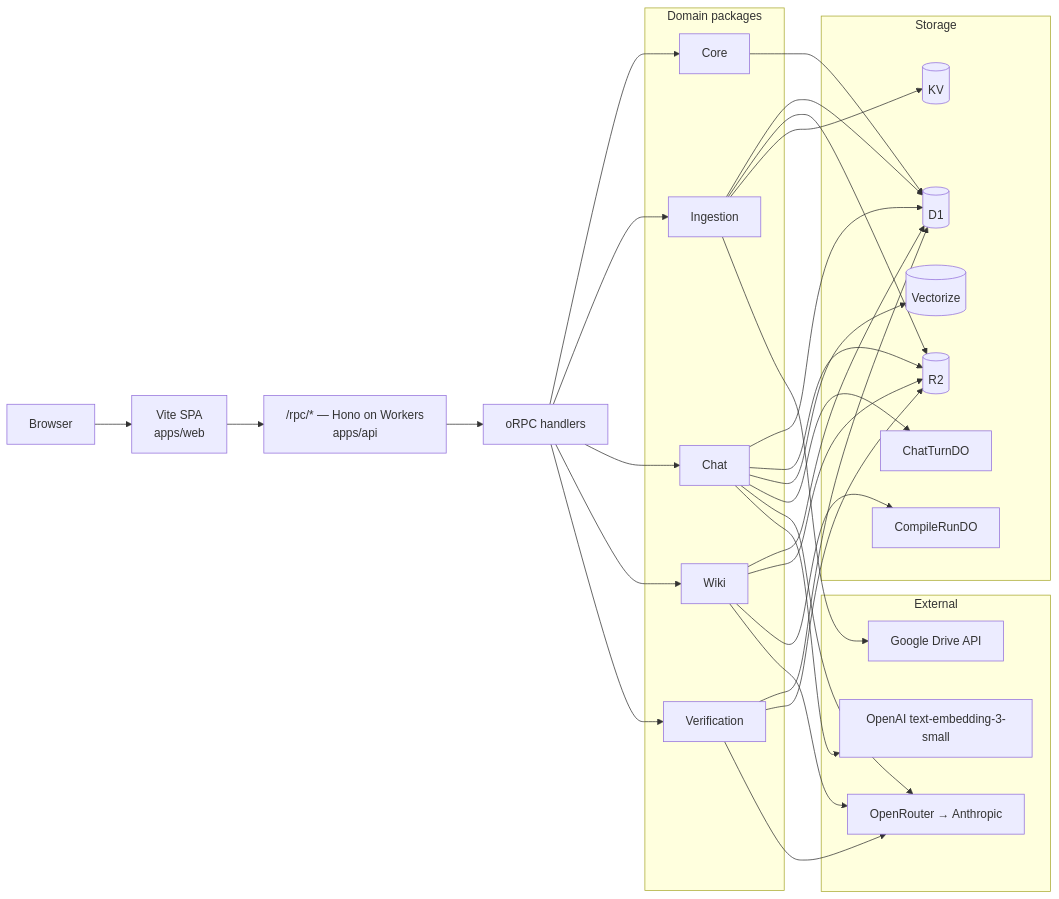
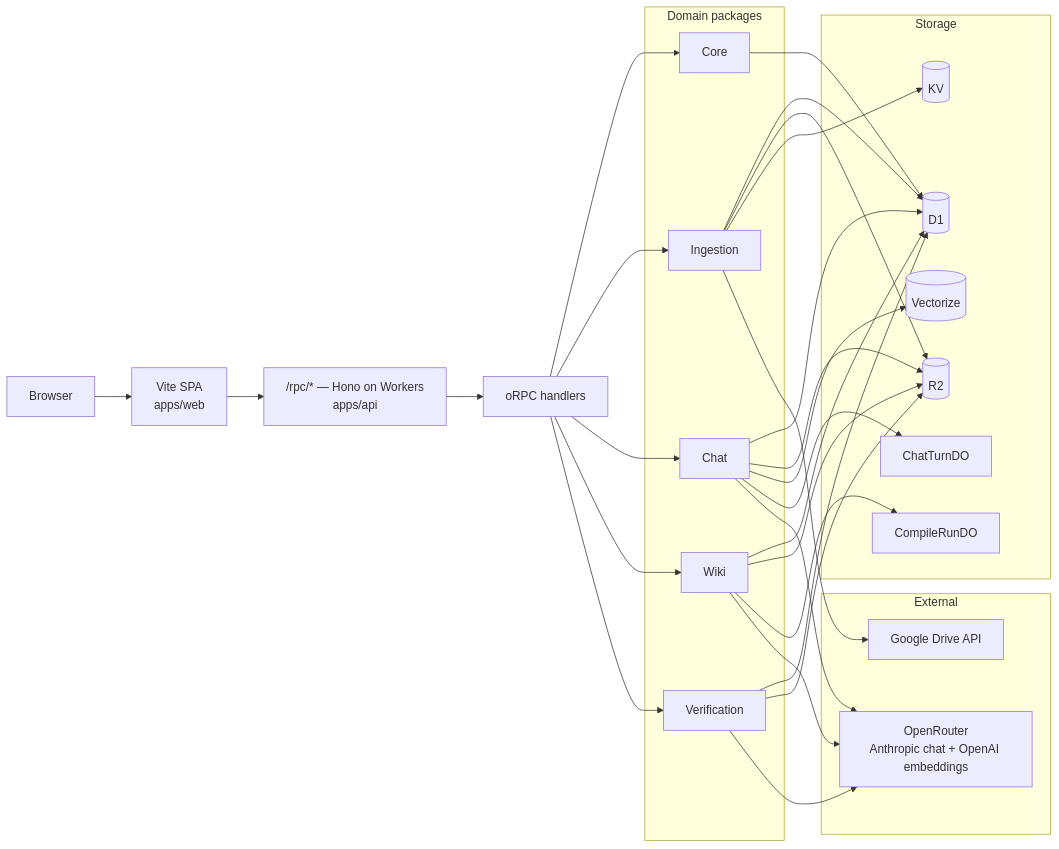
The diagram in README.md (tonestrike/knowledge-base-wiki), drawn with Mermaid before and after one commit. The commit also changed other lines of this file and 3 other files, not shown here.

````diff
--- a/README.md
+++ b/README.md
@@ -72,58 +72,56 @@
 ```mermaid
 graph LR
   Browser[Browser]
   SPA[Vite SPA<br/>apps/web]
   Hono["/rpc/* — Hono on Workers<br/>apps/api"]
   Router[oRPC handlers]
 
   Browser --> SPA --> Hono --> Router
 
   subgraph Domains["Domain packages"]
     Core[Core]
     Ingestion[Ingestion]
     Chat[Chat]
     Wiki[Wiki]
     Verification[Verification]
   end
 
   Router --> Core
   Router --> Ingestion
   Router --> Chat
   Router --> Wiki
   Router --> Verification
 
   subgraph Storage["Storage"]
     D1[(D1)]
     R2[(R2)]
     KV[(KV)]
     Vectorize[(Vectorize)]
     CompileRunDO[CompileRunDO]
     ChatTurnDO[ChatTurnDO]
   end
 
   Ingestion --> D1
   Ingestion --> R2
   Ingestion --> KV
   Wiki --> D1
   Wiki --> R2
   Wiki --> CompileRunDO
   Chat --> D1
   Chat --> R2
   Chat --> Vectorize
   Chat --> ChatTurnDO
   Verification --> D1
   Verification --> R2
   Core --> D1
 
   subgraph External["External"]
     Drive["Google Drive API"]
-    OpenRouter["OpenRouter → Anthropic"]
-    OpenAIEmb["OpenAI text-embedding-3-small"]
+    OpenRouter["OpenRouter<br/>Anthropic chat + OpenAI embeddings"]
   end
 
   Ingestion --> Drive
   Wiki --> OpenRouter
   Chat --> OpenRouter
-  Chat --> OpenAIEmb
   Verification --> OpenRouter
 ```
````
